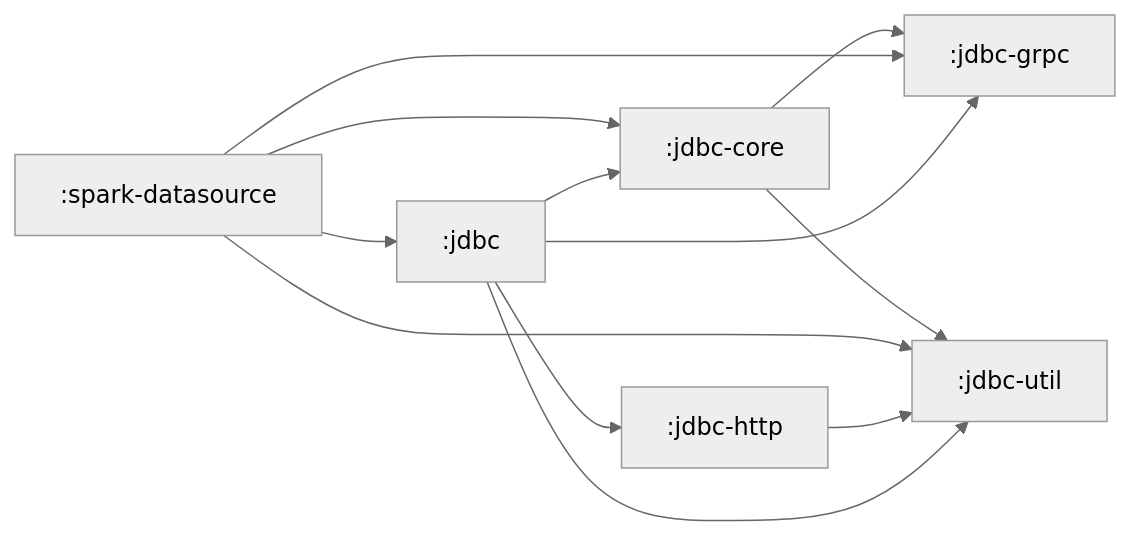
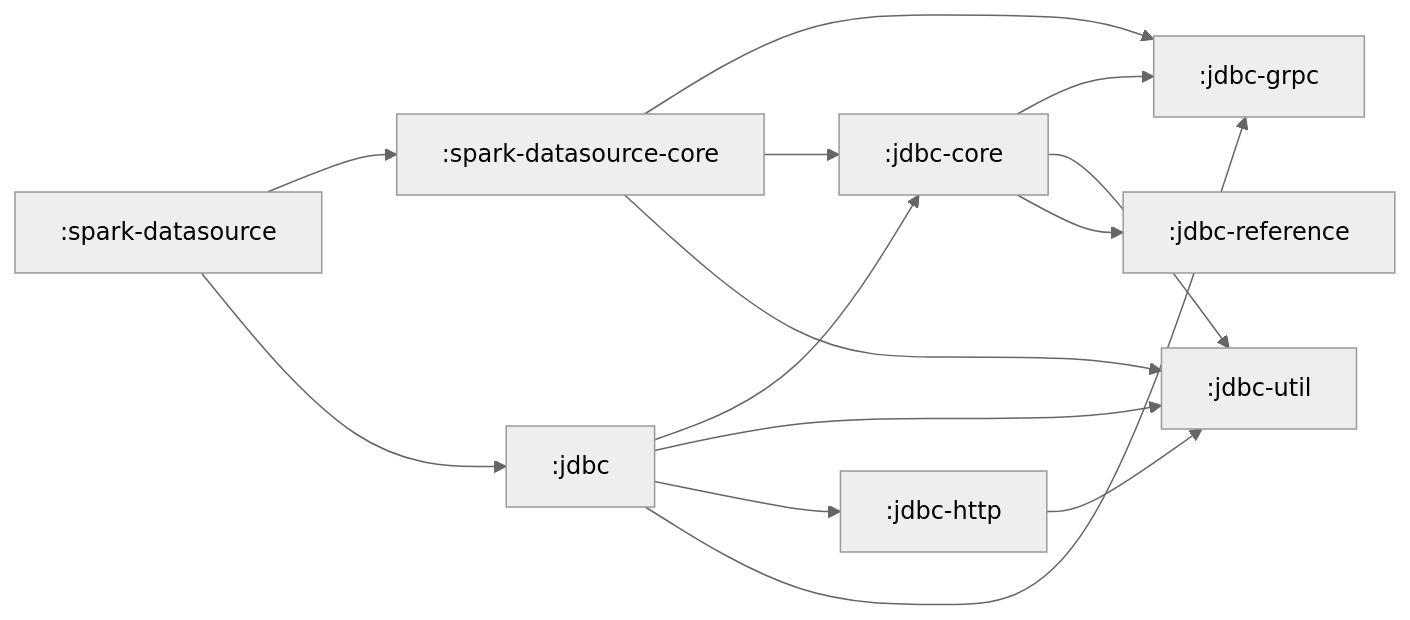
The diagram in DEVELOPMENT.md (praveen2450/datacloud-jdbc), drawn with Mermaid before and after one commit. The commit also changed other lines of this file and 6 other files, not shown here.

````diff
--- a/DEVELOPMENT.md
+++ b/DEVELOPMENT.md
@@ -19,20 +29,22 @@
 ```mermaid
 %%{
   init: {
     'theme': 'neutral'
   }
 }%%
 
 graph LR
   :jdbc-core --> :jdbc-grpc
   :jdbc-core --> :jdbc-util
+  :jdbc-core --> :jdbc-reference
+  :spark-datasource --> :spark-datasource-core
   :spark-datasource --> :jdbc
-  :spark-datasource --> :jdbc-grpc
-  :spark-datasource --> :jdbc-core
-  :spark-datasource --> :jdbc-util
+  :spark-datasource-core --> :jdbc-grpc
+  :spark-datasource-core --> :jdbc-core
+  :spark-datasource-core --> :jdbc-util
   :jdbc-http --> :jdbc-util
   :jdbc --> :jdbc-core
   :jdbc --> :jdbc-util
   :jdbc --> :jdbc-http
   :jdbc --> :jdbc-grpc
 ```
````
